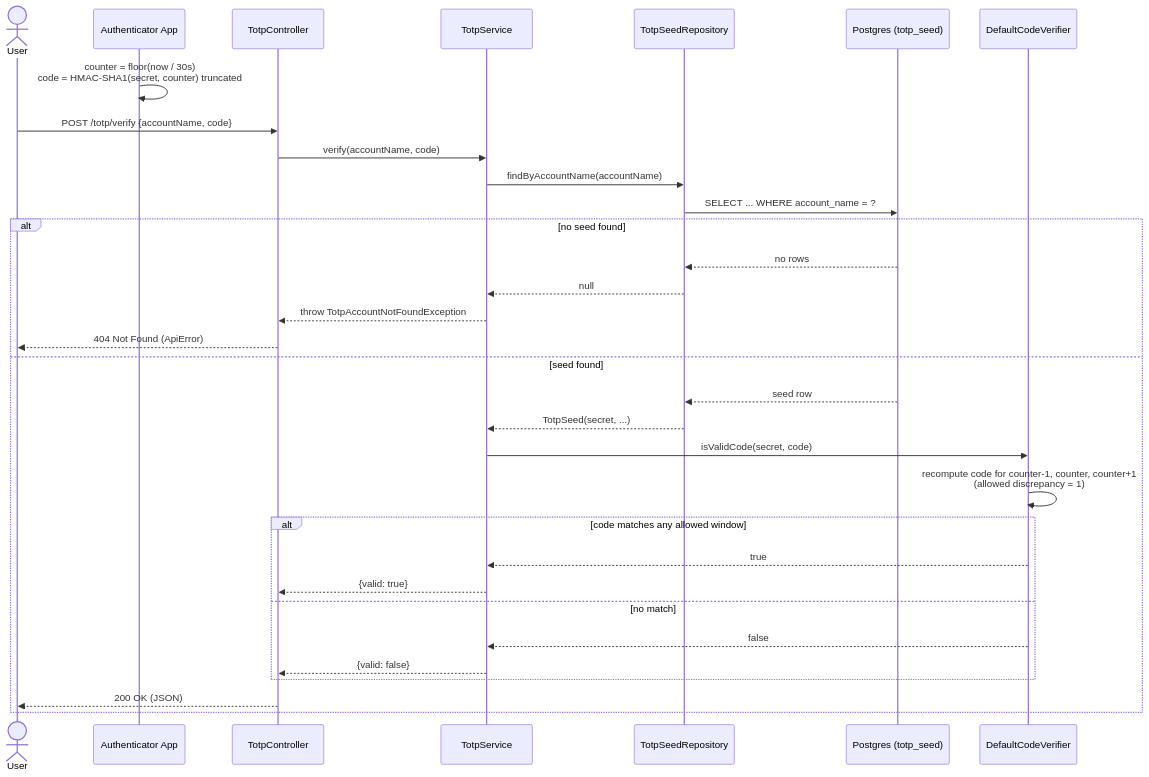
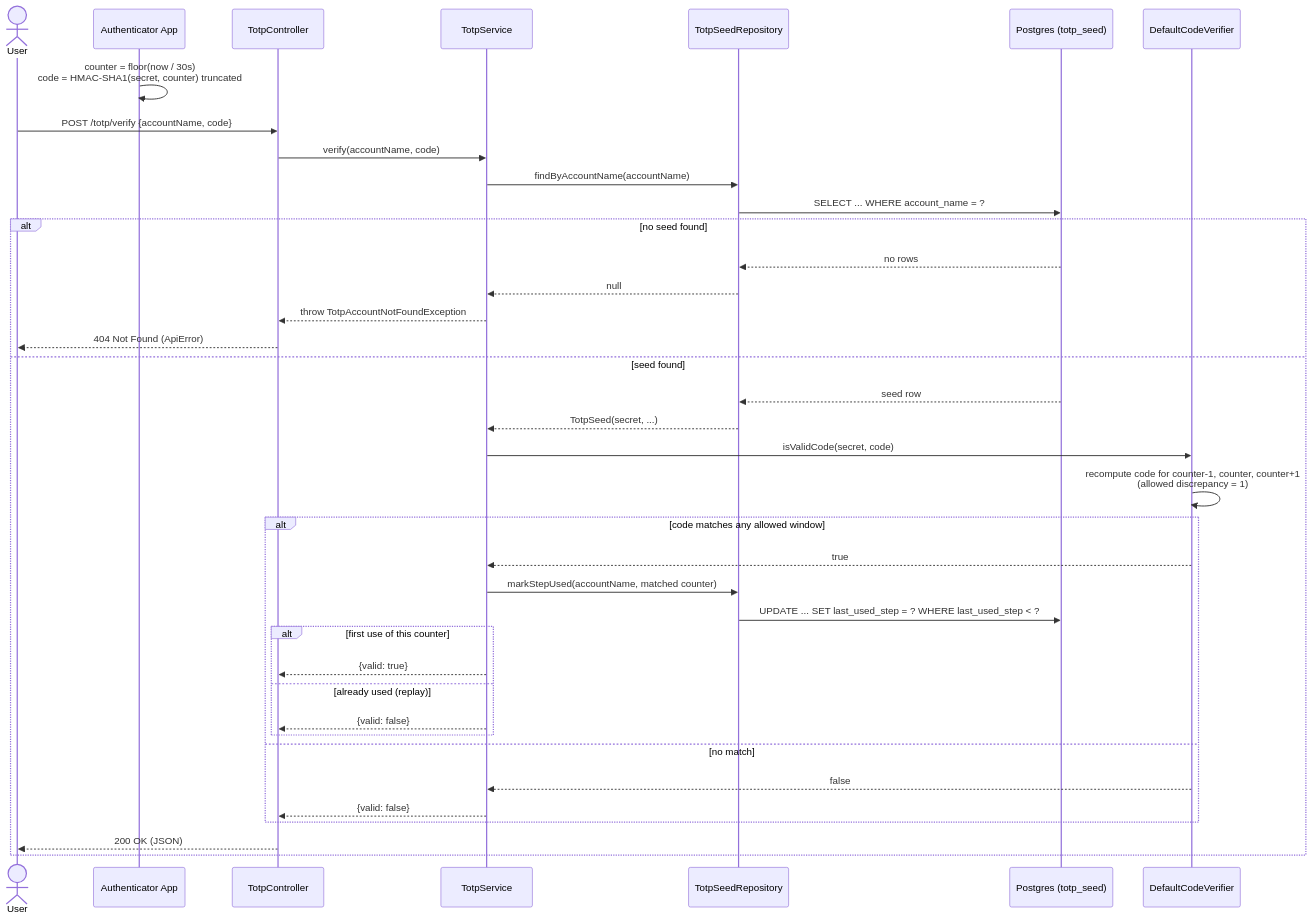
The fourth of 4 diagrams in README.md (himnay/learning-utility), drawn with Mermaid before and after one commit. The commit also changed other lines of this file and 5 other files, not shown here.

````diff
--- a/README.md
+++ b/README.md
@@ -514,35 +522,41 @@
 ```mermaid
 sequenceDiagram
     actor User
     participant App as Authenticator App
     participant API as TotpController
     participant Svc as TotpService
     participant Repo as TotpSeedRepository
     participant DB as Postgres (totp_seed)
     participant Ver as DefaultCodeVerifier
 
     App->>App: counter = floor(now / 30s)<br/>code = HMAC-SHA1(secret, counter) truncated
     User->>API: POST /totp/verify {accountName, code}
     API->>Svc: verify(accountName, code)
     Svc->>Repo: findByAccountName(accountName)
     Repo->>DB: SELECT ... WHERE account_name = ?
     alt no seed found
         DB-->>Repo: no rows
         Repo-->>Svc: null
         Svc-->>API: throw TotpAccountNotFoundException
         API-->>User: 404 Not Found (ApiError)
     else seed found
         DB-->>Repo: seed row
         Repo-->>Svc: TotpSeed(secret, ...)
         Svc->>Ver: isValidCode(secret, code)
         Ver->>Ver: recompute code for counter-1, counter, counter+1<br/>(allowed discrepancy = 1)
         alt code matches any allowed window
             Ver-->>Svc: true
-            Svc-->>API: {valid: true}
+            Svc->>Repo: markStepUsed(accountName, matched counter)
+            Repo->>DB: UPDATE ... SET last_used_step = ? WHERE last_used_step < ?
+            alt first use of this counter
+                Svc-->>API: {valid: true}
+            else already used (replay)
+                Svc-->>API: {valid: false}
+            end
         else no match
             Ver-->>Svc: false
             Svc-->>API: {valid: false}
         end
         API-->>User: 200 OK (JSON)
     end
 ```
````
